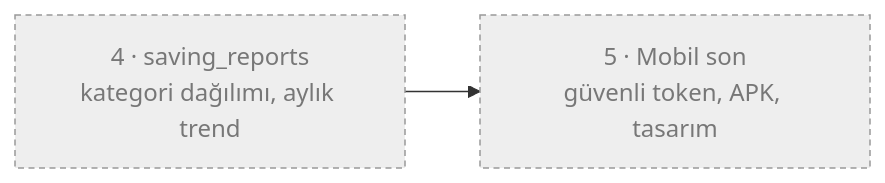
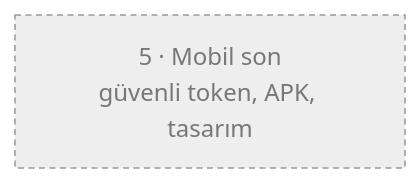
Before and after one commit to anilcelik0/saving: diagram 11 of 11 in docs/FLOW.md, drawn with Mermaid. The commit also changed other lines of this file and 10 other files, not shown here.

First line of the commit message:
Phase 4: reports (category breakdown, monthly trend, net worth, portfolio history)

````diff
--- a/docs/FLOW.md
+++ b/docs/FLOW.md
@@ -307,7 +324,6 @@
 ```mermaid
 flowchart LR
-    F4["4 · saving_reports<br/>kategori dağılımı, aylık trend"]:::todo
     F5["5 · Mobil son<br/>güvenli token, APK, tasarım"]:::todo
-    F4 --> F5
+    F5
     classDef todo fill:#eee,stroke:#999,stroke-dasharray:4 3,color:#777
 ```
````
